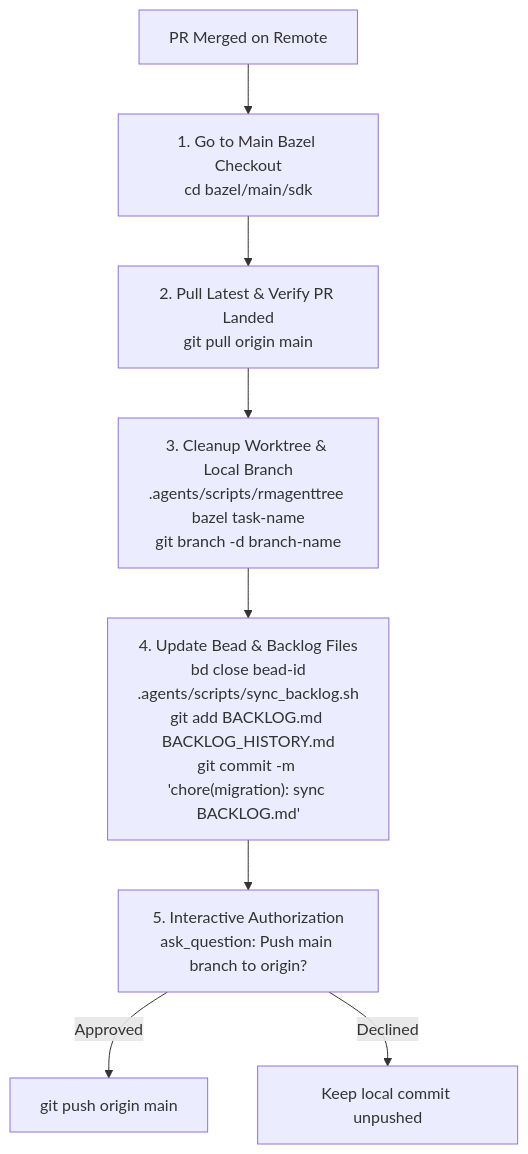
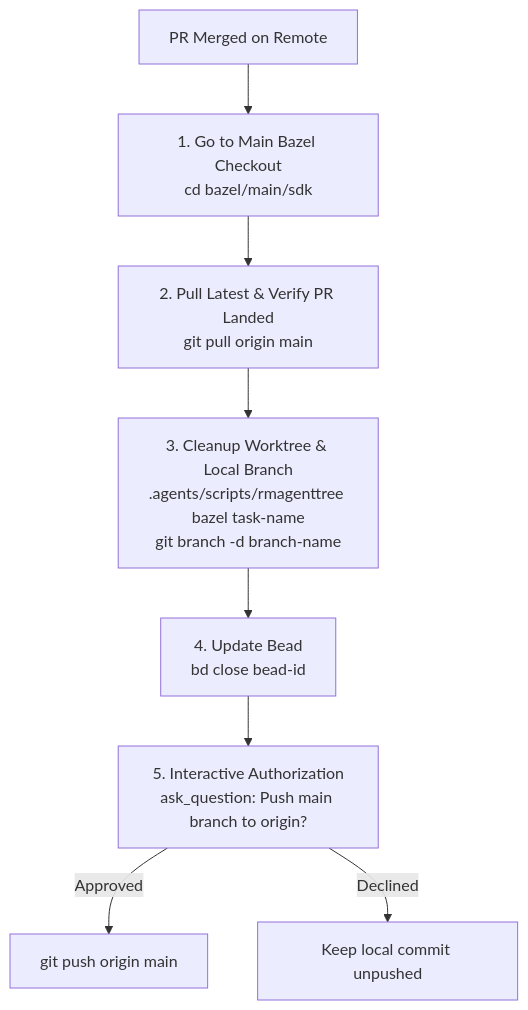
Before and after one commit to kevmoo/dart-sdk-bazel: the diagram in docs/bazel-migration/skills/dart-sdk-cleanup-bead/SKILL.md, drawn with Mermaid. The commit also changed other lines of this file and 5 other files, not shown here.

````diff
--- a/docs/bazel-migration/skills/dart-sdk-cleanup-bead/SKILL.md
+++ b/docs/bazel-migration/skills/dart-sdk-cleanup-bead/SKILL.md
@@ -22,10 +22,10 @@
 ```mermaid
 flowchart TD
     A["PR Merged on Remote"] --> B["1. Go to Main Bazel Checkout<br/>cd bazel/main/sdk"]
     B --> C["2. Pull Latest & Verify PR Landed<br/>git pull origin main"]
     C --> D["3. Cleanup Worktree & Local Branch<br/>.agents/scripts/rmagenttree bazel task-name<br/>git branch -d branch-name"]
-    D --> E["4. Update Bead & Backlog Files<br/>bd close bead-id<br/>.agents/scripts/sync_backlog.sh<br/>git add BACKLOG.md BACKLOG_HISTORY.md<br/>git commit -m 'chore(migration): sync BACKLOG.md'"]
+    D --> E["4. Update Bead<br/>bd close bead-id"]
     E --> F["5. Interactive Authorization<br/>ask_question: Push main branch to origin?"]
     F -->|"Approved"| G["git push origin main"]
     F -->|"Declined"| H["Keep local commit unpushed"]
 ```
````
